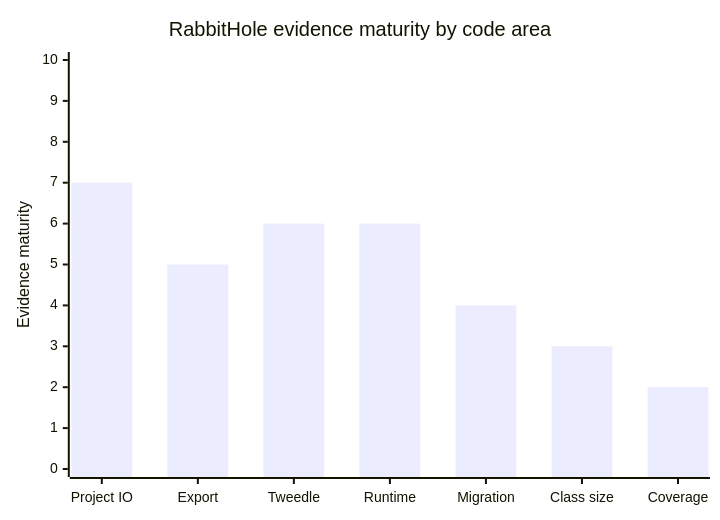
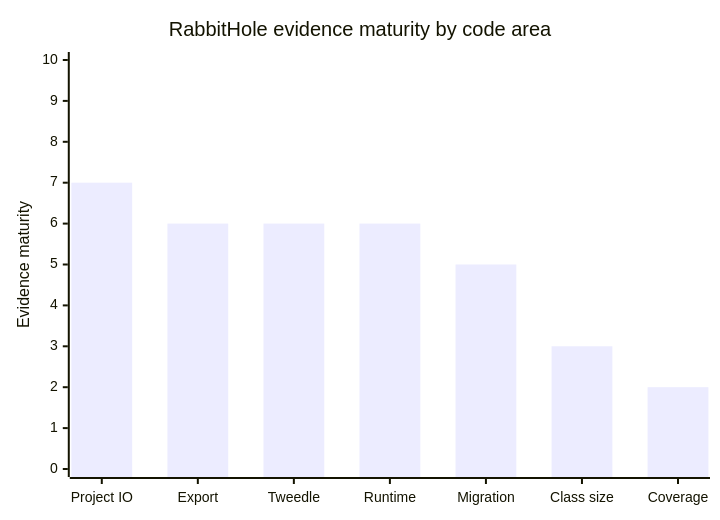
The third of 6 diagrams in README.md (rysweet/drinkme), drawn with Mermaid before and after one commit. The commit also changed other lines of this file, not shown here.

````diff
--- a/README.md
+++ b/README.md
@@ -64,7 +64,7 @@
 ```mermaid
 xychart-beta
   title "RabbitHole evidence maturity by code area"
   x-axis ["Project IO", "Export", "Tweedle", "Runtime", "Migration", "Class size", "Coverage"]
   y-axis "Evidence maturity" 0 --> 10
-  bar [7, 5, 6, 6, 4, 3, 2]
+  bar [7, 6, 6, 6, 5, 3, 2]
 ```
````
